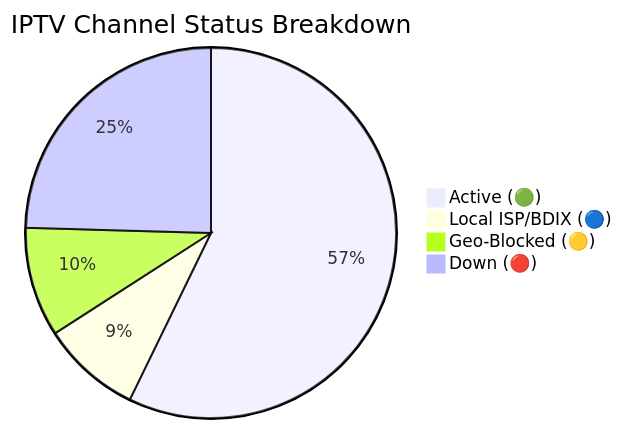
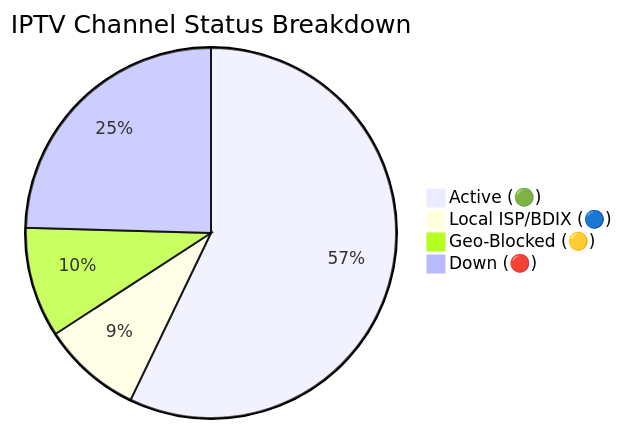
Before and after one commit to Zaman-Topu/Ip-tv-Collection: the diagram in README.md, drawn with Mermaid. The commit also changed other lines of this file and 6 other files, not shown here.

````diff
--- a/README.md
+++ b/README.md
@@ -149,7 +149,7 @@
 ```mermaid
 pie title IPTV Channel Status Breakdown
-    "Active (🟢)" : 10758
-    "Local ISP/BDIX (🔵)" : 1634
-    "Geo-Blocked (🟡)" : 1796
-    "Down (🔴)" : 4615
+    "Active (🟢)" : 10730
+    "Local ISP/BDIX (🔵)" : 1632
+    "Geo-Blocked (🟡)" : 1804
+    "Down (🔴)" : 4611
 ```
````
